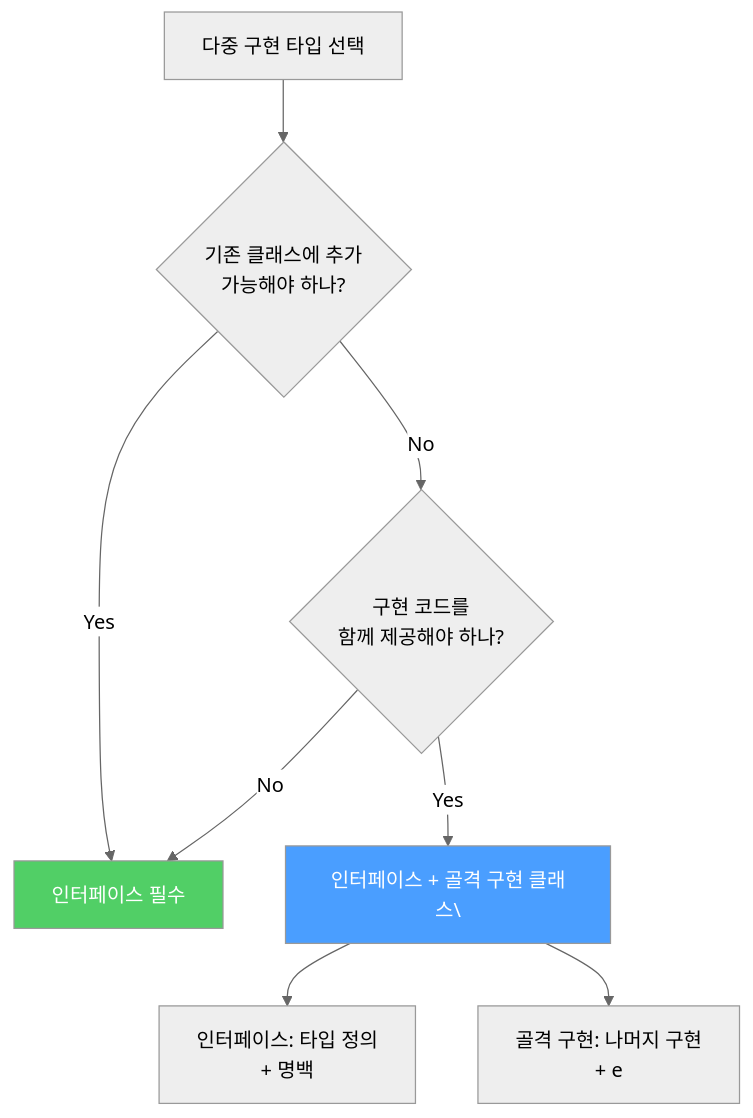
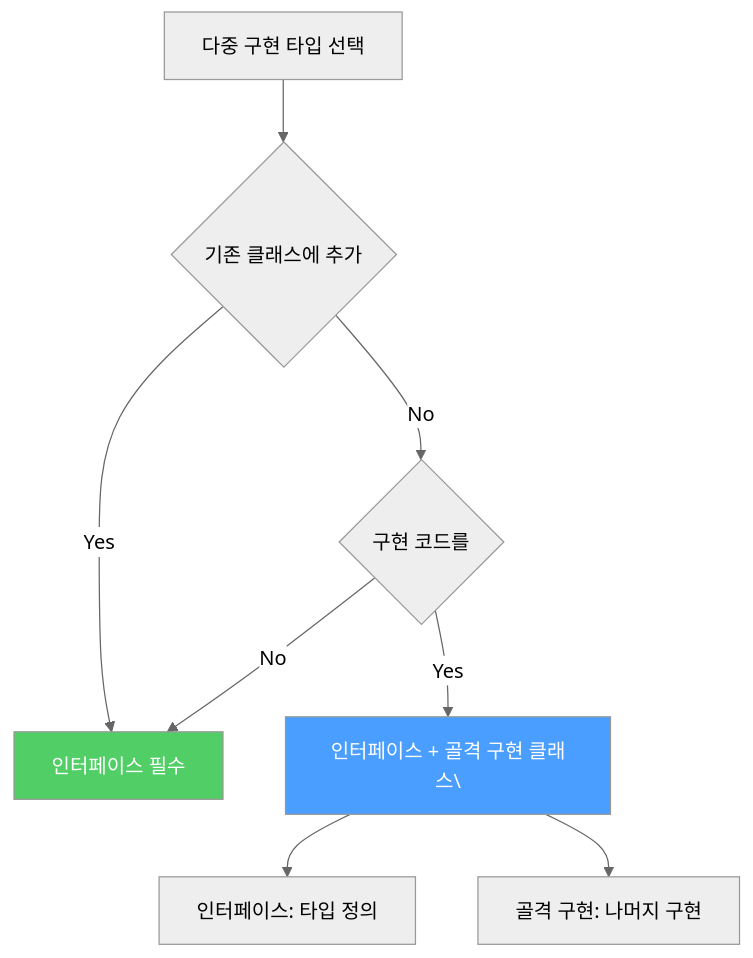
One commit to yjkim2015/yjkim2015.github.io changed the fifth of 5 diagrams in _posts/java/2022-01-03-effective-java20.md. Above: the diagram before and after it, drawn with Mermaid (neutral theme). The commit also changed other lines of this file and 217 other files, not shown here.

First line of the commit message:
Mermaid 크기 수정: useMaxWidth:true + SVG max-width:100% + 라벨 축소

````diff
--- a/_posts/java/2022-01-03-effective-java20.md
+++ b/_posts/java/2022-01-03-effective-java20.md
@@ -281,12 +281,12 @@
 ```mermaid
 graph TD
-    A["다중 구현 타입 선택"] --> B{"기존 클래스에 추가\n가능해야 하나?"}
+    A["다중 구현 타입 선택"] --> B{"기존 클래스에 추가"}
     B -->|"Yes"| C["인터페이스 필수"]
-    B -->|"No"| D{"구현 코드를\n함께 제공해야 하나?"}
+    B -->|"No"| D{"구현 코드를"}
     D -->|"No"| C
     D -->|"Yes"| E["인터페이스 + 골격 구현 클래스\"]
-    E --> F["인터페이스: 타입 정의\n+ 명백"]
-    E --> G["골격 구현: 나머지 구현\n+ e"]
+    E --> F["인터페이스: 타입 정의"]
+    E --> G["골격 구현: 나머지 구현"]
     style C fill:#51cf66,color:#fff
     style E fill:#4a9eff,color:#fff
 ```
````
